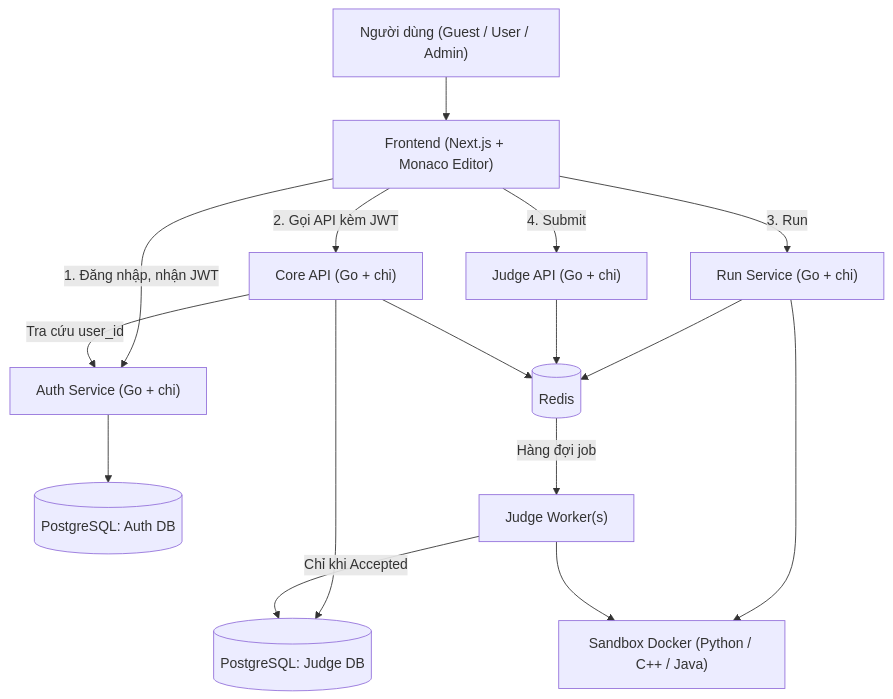
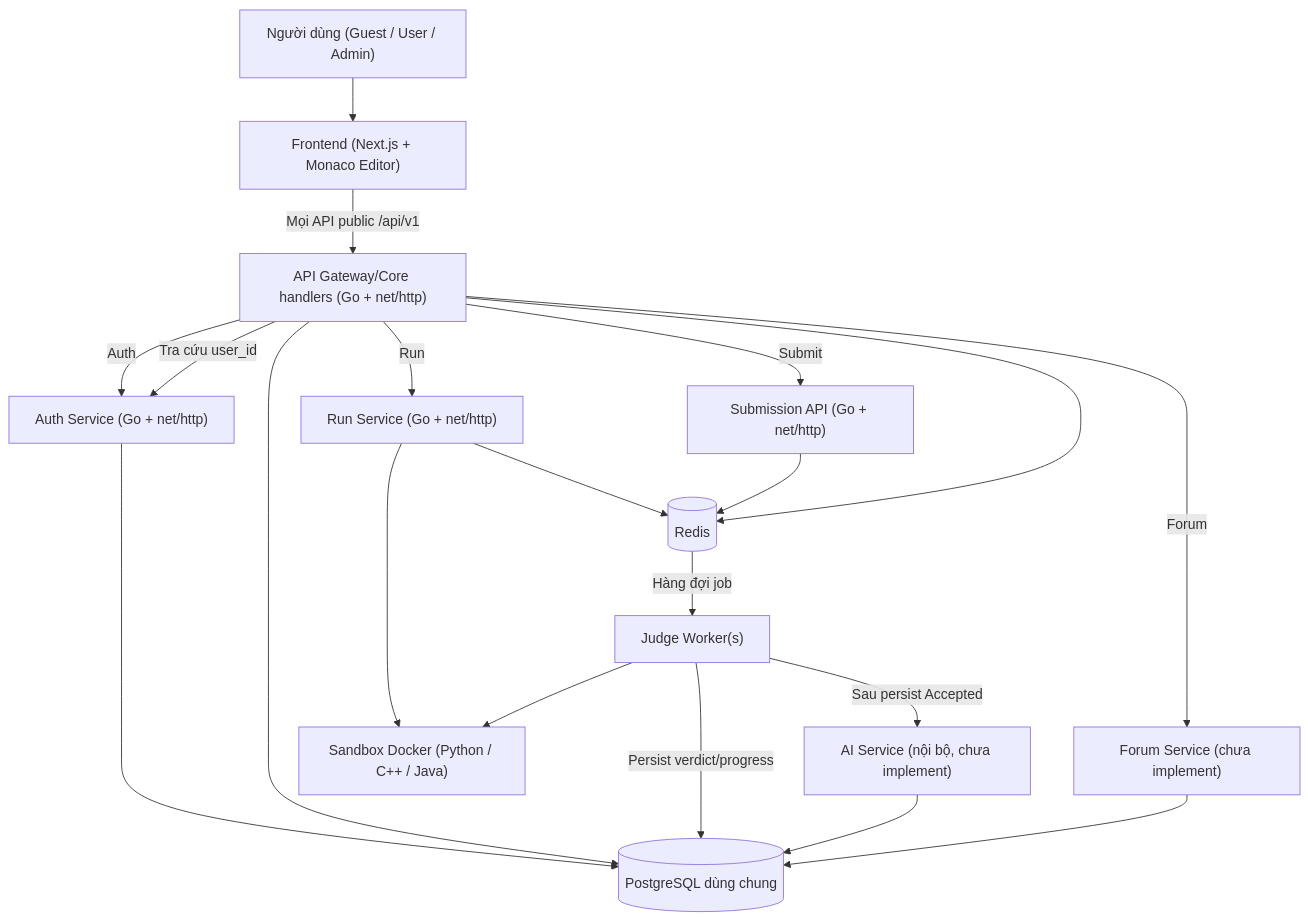
One commit to code-automatic/srs changed the first of 7 diagrams in 01_SRS_Coding_Judge_Platform.md. Above: the diagram before and after it, drawn with Mermaid. The commit also changed other lines of this file and 3 other files, not shown here.

````diff
--- a/01_SRS_Coding_Judge_Platform.md
+++ b/01_SRS_Coding_Judge_Platform.md
@@ -89,18 +115,22 @@
 ```mermaid
 flowchart TD
     U["Người dùng (Guest / User / Admin)"] --> FE["Frontend (Next.js + Monaco Editor)"]
-    FE -->|"1. Đăng nhập, nhận JWT"| AUTH["Auth Service (Go + chi)"]
-    FE -->|"2. Gọi API kèm JWT"| CORE["Core API (Go + chi)"]
-    FE -->|"3. Run"| RUN["Run Service (Go + chi)"]
-    FE -->|"4. Submit"| JUDGE_API["Judge API (Go + chi)"]
-    AUTH --> AUTHDB[("PostgreSQL: Auth DB")]
-    CORE --> DB[("PostgreSQL: Judge DB")]
+    FE -->|"Mọi API public /api/v1"| CORE["API Gateway/Core handlers (Go + net/http)"]
+    CORE -->|"Auth"| AUTH["Auth Service (Go + net/http)"]
+    CORE -->|"Run"| RUN["Run Service (Go + net/http)"]
+    CORE -->|"Submit"| JUDGE_API["Submission API (Go + net/http)"]
+    WORKER -->|"Sau persist Accepted"| AI["AI Service (nội bộ, chưa implement)"]
+    CORE -->|"Forum"| FORUM["Forum Service (chưa implement)"]
+    AUTH --> DB[("PostgreSQL dùng chung")]
+    CORE --> DB
     CORE -->|"Tra cứu user_id"| AUTH
     RUN --> REDIS[("Redis")]
     JUDGE_API --> REDIS
     REDIS -->|"Hàng đợi job"| WORKER["Judge Worker(s)"]
     RUN --> SANDBOX["Sandbox Docker (Python / C++ / Java)"]
     WORKER --> SANDBOX
-    WORKER -->|"Chỉ khi Accepted"| DB
+    WORKER -->|"Persist verdict/progress"| DB
+    AI --> DB
+    FORUM --> DB
     CORE --> REDIS
 ```
````
